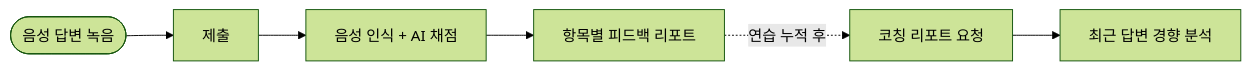
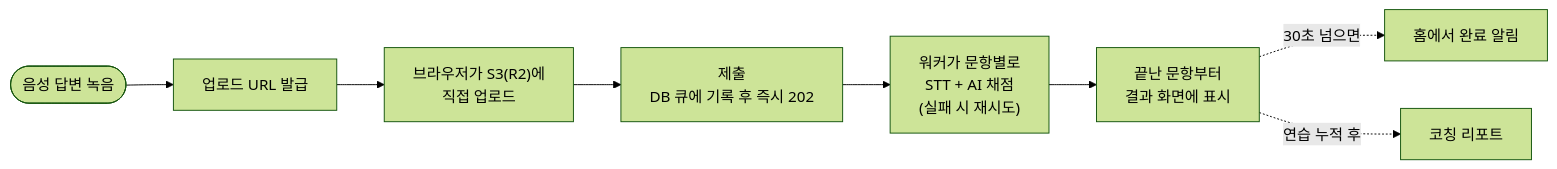
Before and after one commit to NileTheKing/opicnic: the first of 3 diagrams in README.md, drawn with Mermaid (forest theme). The commit also changed other lines of this file, not shown here.

````diff
--- a/README.md
+++ b/README.md
@@ -98,8 +98,10 @@
 ```mermaid
 flowchart LR
-    A(["음성 답변 녹음"]) --> B["제출"]
-    B --> C["음성 인식 + AI 채점"]
-    C --> D["항목별 피드백 리포트"]
-    D -.->|"연습 누적 후"| E["코칭 리포트 요청"]
-    E --> F["최근 답변 경향 분석"]
+    A(["음성 답변 녹음"]) --> B["업로드 URL 발급"]
+    B --> C["브라우저가 S3(R2)에<br>직접 업로드"]
+    C --> D["제출<br>DB 큐에 기록 후 즉시 202"]
+    D --> E["워커가 문항별로<br>STT + AI 채점<br>(실패 시 재시도)"]
+    E --> F["끝난 문항부터<br>결과 화면에 표시"]
+    F -.->|"30초 넘으면"| G["홈에서 완료 알림"]
+    F -.->|"연습 누적 후"| H["코칭 리포트"]
 ```
````
